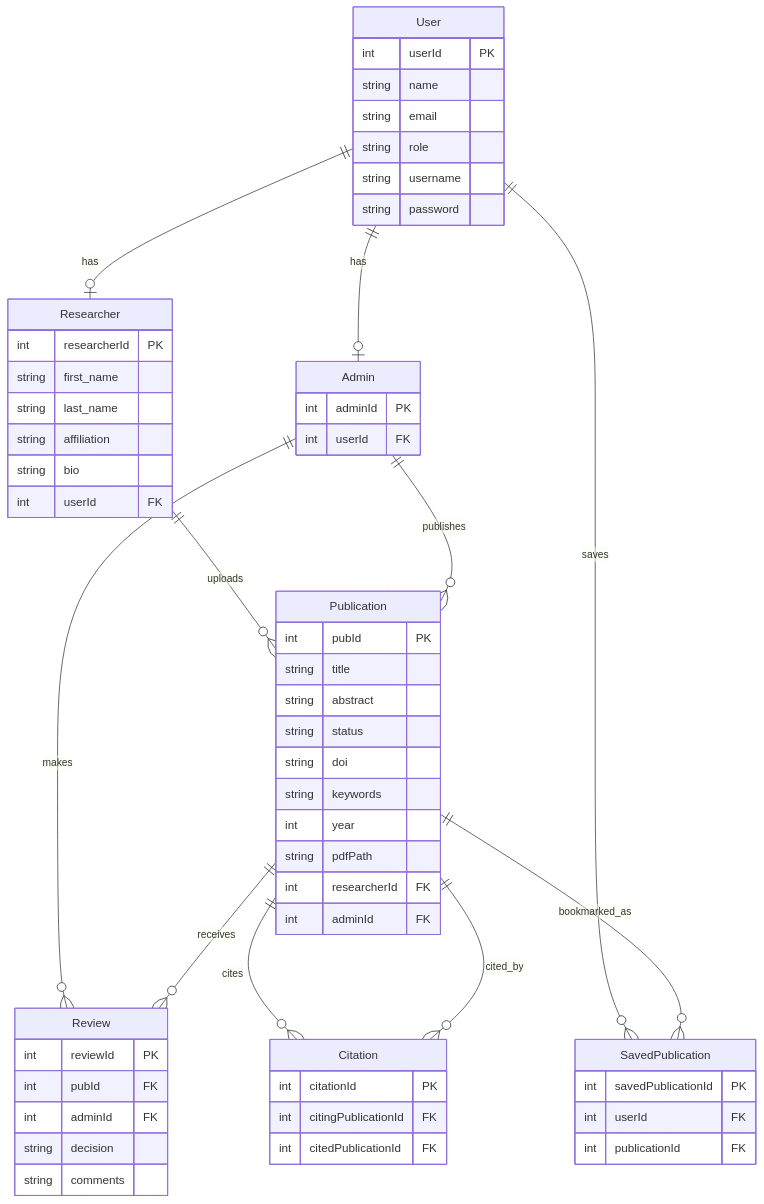
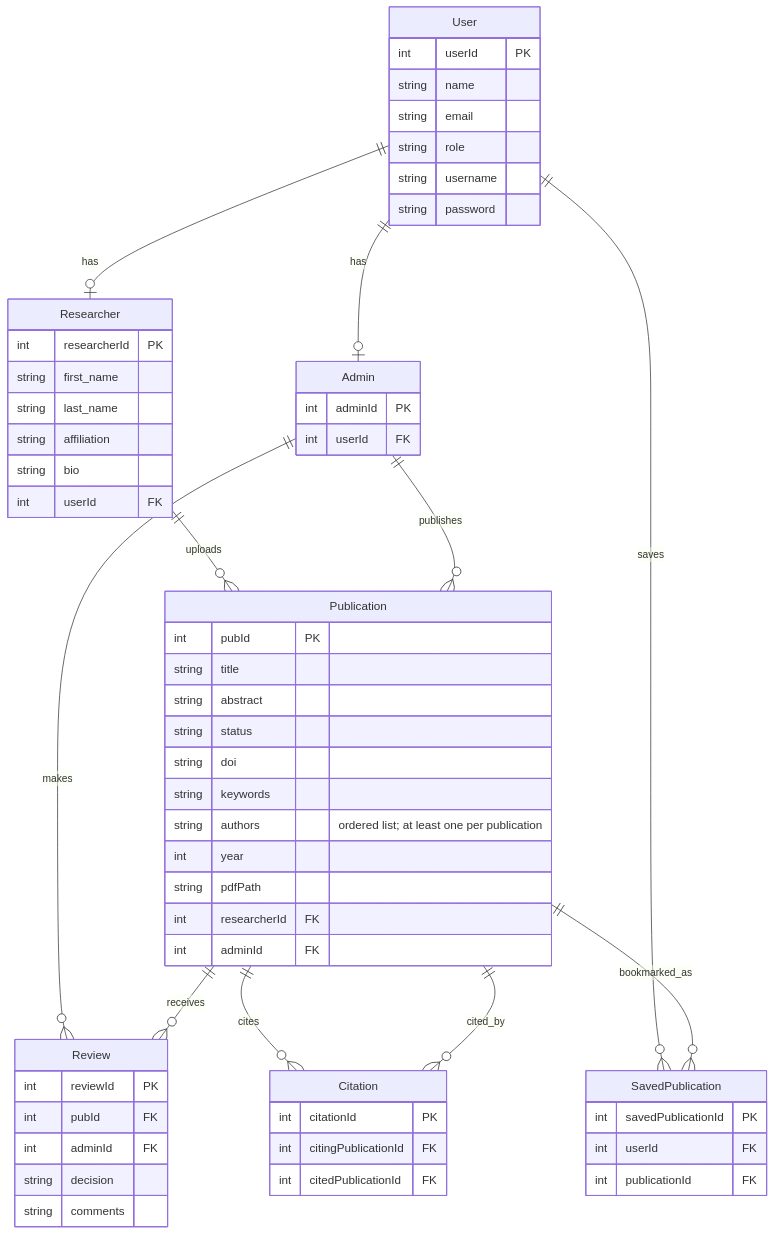
One commit to vala005/TheScholarArchive changed the diagram in docs/report.md. Above: the diagram before and after it, drawn with Mermaid. The commit also changed other lines of this file and 18 other files, not shown here.

````diff
--- a/docs/report.md
+++ b/docs/report.md
@@ -39,69 +43,70 @@
 ```mermaid
 erDiagram
   User ||--o| Researcher : has
   User ||--o| Admin : has
   Researcher ||--o{ Publication : uploads
   Admin ||--o{ Review : makes
   Admin ||--o{ Publication : publishes
   Publication ||--o{ Review : receives
   Publication ||--o{ Citation : cites
   Publication ||--o{ Citation : cited_by
   User ||--o{ SavedPublication : saves
   Publication ||--o{ SavedPublication : bookmarked_as
 
   User {
     int userId PK
     string name
     string email
     string role
     string username
     string password
   }
 
   Researcher {
     int researcherId PK
     string first_name
     string last_name
     string affiliation
     string bio
     int userId FK
   }
 
   Admin {
     int adminId PK
     int userId FK
   }
 
   Publication {
     int pubId PK
     string title
     string abstract
     string status
     string doi
     string keywords
+    string authors "ordered list; at least one per publication"
     int year
     string pdfPath
     int researcherId FK
     int adminId FK
   }
 
   Citation {
     int citationId PK
     int citingPublicationId FK
     int citedPublicationId FK
   }
 
   SavedPublication {
     int savedPublicationId PK
     int userId FK
     int publicationId FK
   }
 
   Review {
     int reviewId PK
     int pubId FK
     int adminId FK
     string decision
     string comments
   }
 ```
````
